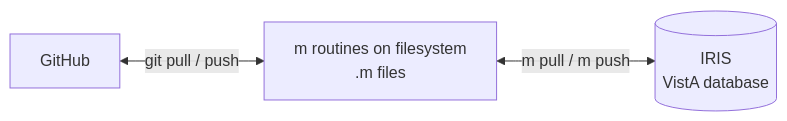
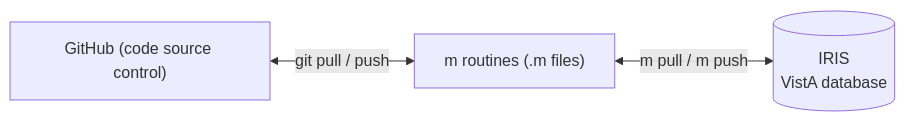
One commit to vista-cloud-dev/.github changed the first of 7 diagrams in profile/README.md. Above: the diagram before and after it, drawn with Mermaid. The commit also changed other lines of this file, not shown here.

Commit message:
docs: clarify version-control node labels
GitHub nodes now read 'code source control' (routines) and 'patch source
control' (patches); filesystem node simplified to 'm routines (.m files)'.

````diff
--- a/profile/README.md
+++ b/profile/README.md
@@ -98,8 +98,8 @@
 ```mermaid
 flowchart LR
-    gh["GitHub"]
-    fs["m routines on filesystem<br/>.m files"]
+    gh["GitHub (code source control)"]
+    fs["m routines (.m files)"]
     iris[("IRIS<br/>VistA database")]
     gh <-->|git pull / push| fs
     fs <-->|m pull / m push| iris
 ```
````
